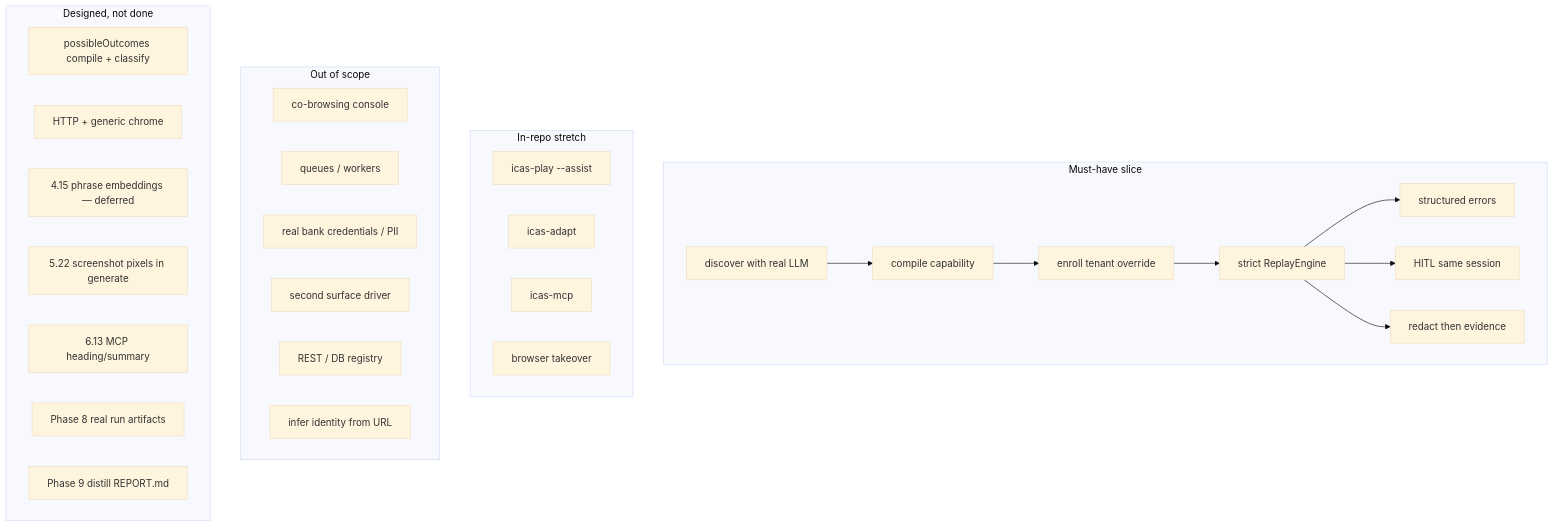
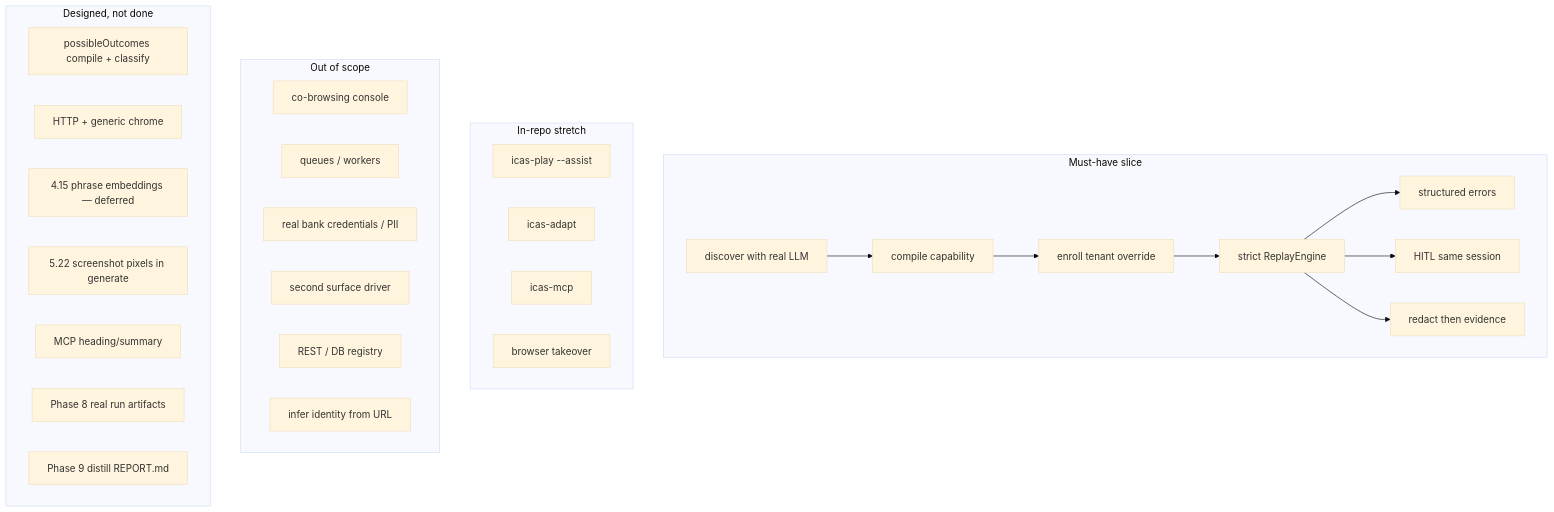
Diagram 17 of 17 in docs/00-system-design.md (ankinelaturu/icas), drawn with Mermaid (base theme) before and after one commit. The commit also changed other lines of this file and 5 other files, not shown here.

First line of the commit message:
feat(mcp): format business_outcome heading and summary

````diff
--- a/docs/00-system-design.md
+++ b/docs/00-system-design.md
@@ -634,42 +634,42 @@
 ```mermaid
 flowchart TB
   subgraph must["Must-have slice"]
     m1[discover with real LLM]
     m2[compile capability]
     m3[enroll tenant override]
     m4[strict ReplayEngine]
     m5[structured errors]
     m6[HITL same session]
     m7[redact then evidence]
     m1 --> m2 --> m3 --> m4
     m4 --> m5
     m4 --> m6
     m4 --> m7
   end
 
   subgraph stretch["In-repo stretch"]
     s1["icas-play --assist"]
     s2[icas-adapt]
     s3[icas-mcp]
     s4[browser takeover]
   end
 
   subgraph out["Out of scope"]
     o1[co-browsing console]
     o2[queues / workers]
     o3[real bank credentials / PII]
     o4[second surface driver]
     o5[REST / DB registry]
     o6[infer identity from URL]
   end
 
   subgraph remaining["Designed, not done"]
     r1["possibleOutcomes compile + classify"]
     r2["HTTP + generic chrome"]
     r3["4.15 phrase embeddings — deferred"]
     r4["5.22 screenshot pixels in generate"]
-    r5["6.13 MCP heading/summary"]
+    r5["MCP heading/summary"]
     r6["Phase 8 real run artifacts"]
     r7["Phase 9 distill REPORT.md"]
   end
 ```
````
